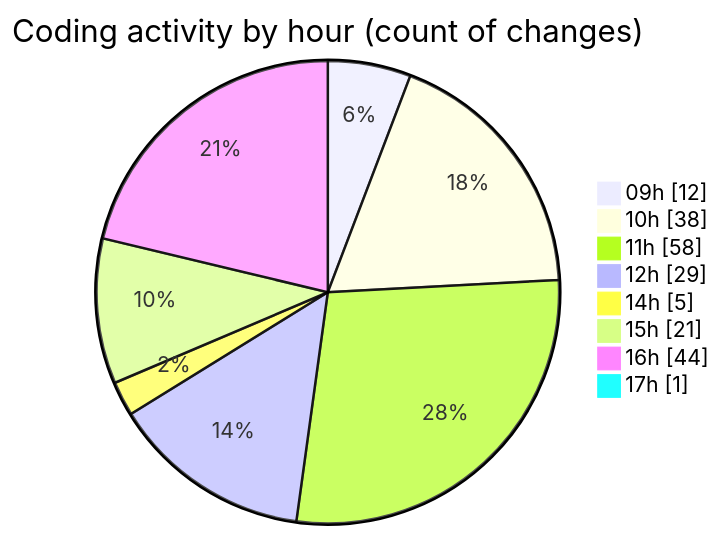
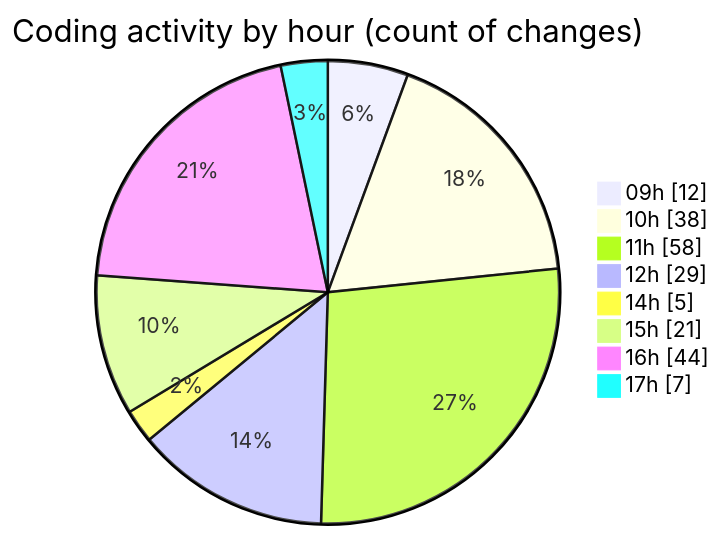
Before and after one commit to momahboobian/code-tracking: the second of 2 diagrams in 2025-10-03/cda/README.md, drawn with Mermaid. The commit also changed other lines of this file and 1 other file, not shown here.

````diff
--- a/2025-10-03/cda/README.md
+++ b/2025-10-03/cda/README.md
@@ -42,12 +42,12 @@
 ```mermaid
 pie showData
 title Coding activity by hour (count of changes)
 "09h" : 12
 "10h" : 38
 "11h" : 58
 "12h" : 29
 "14h" : 5
 "15h" : 21
 "16h" : 44
-"17h" : 1
+"17h" : 7
 ```
````
